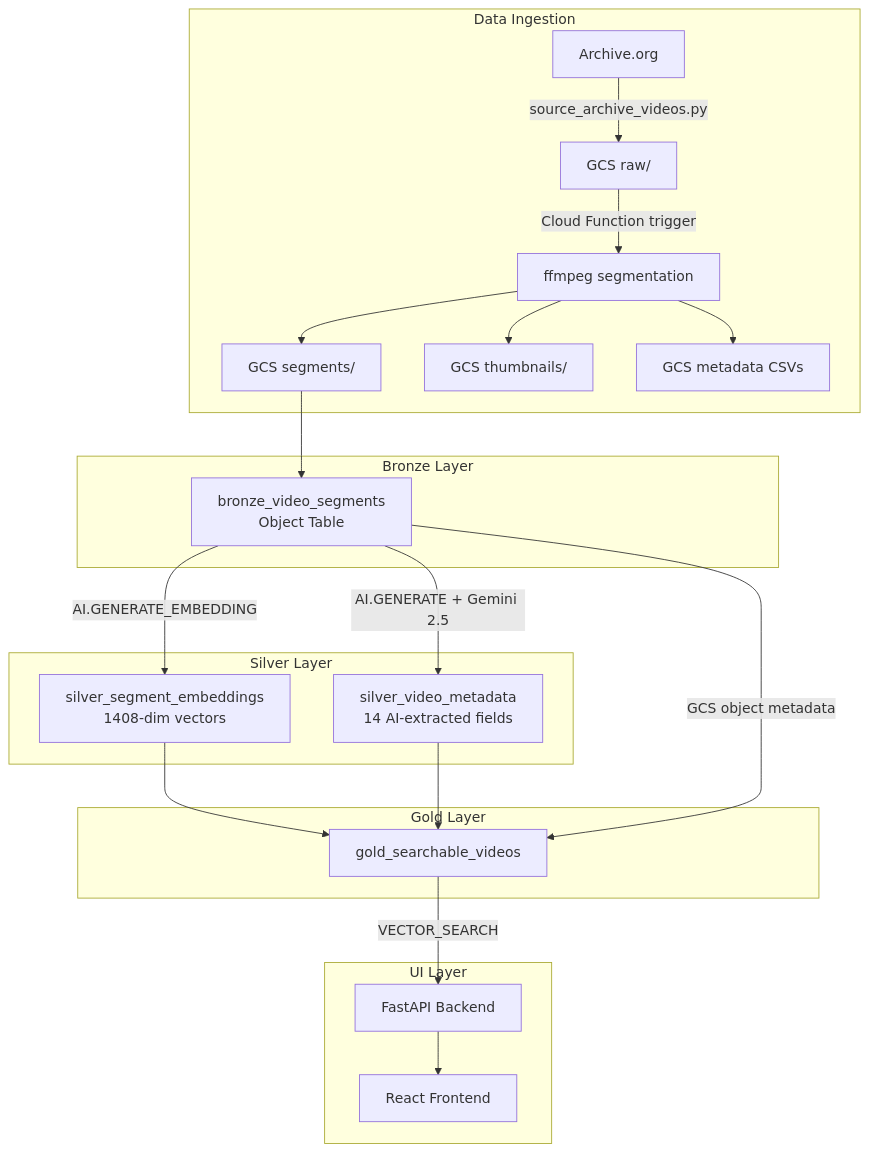
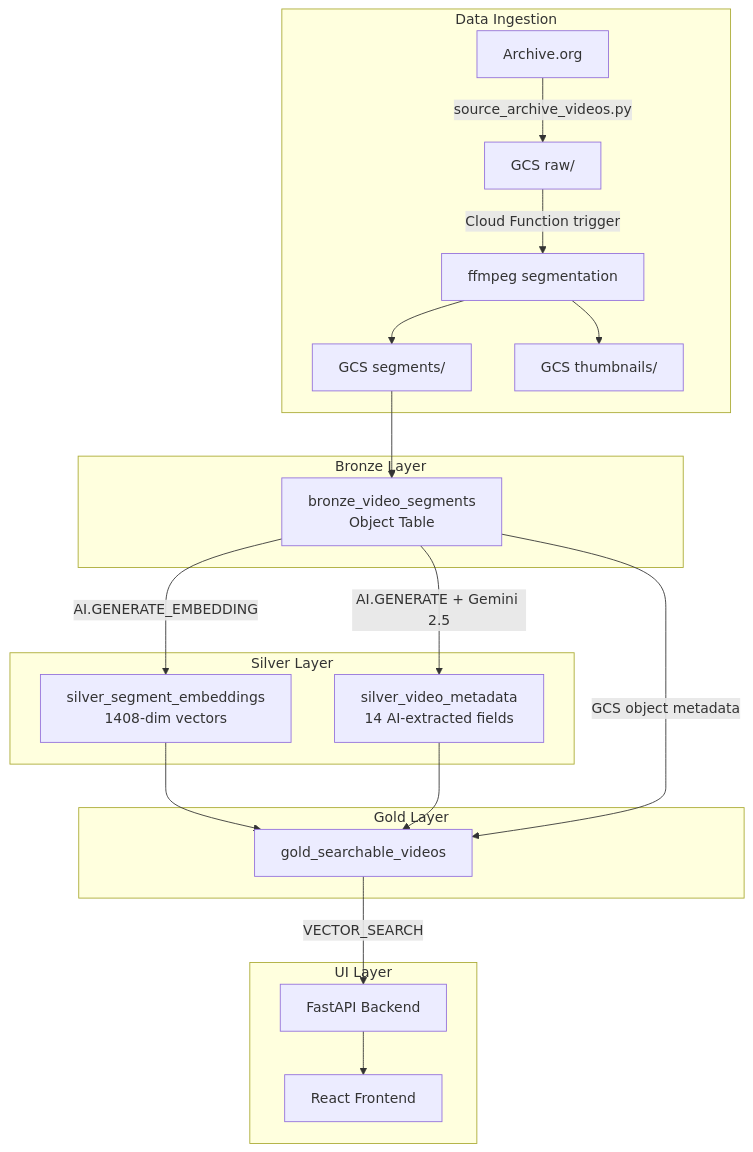
One commit to gCloud-Tech-Showcase/Data-Cloud changed the first of 2 diagrams in docs/demos/video-vector-search/architecture.md. Above: the diagram before and after it, drawn with Mermaid. The commit also changed other lines of this file and 6 other files, not shown here.

````diff
--- a/docs/demos/video-vector-search/architecture.md
+++ b/docs/demos/video-vector-search/architecture.md
@@ -9,30 +9,29 @@
 ```mermaid
 graph TB
     subgraph "Data Ingestion"
         A[Archive.org] -->|source_archive_videos.py| B[GCS raw/]
         B -->|Cloud Function trigger| C[ffmpeg segmentation]
         C --> D[GCS segments/]
         C --> E[GCS thumbnails/]
-        C --> F[GCS metadata CSVs]
     end
 
     subgraph "Bronze Layer"
         D --> G[bronze_video_segments<br/>Object Table]
     end
 
     subgraph "Silver Layer"
         G -->|AI.GENERATE_EMBEDDING| H[silver_segment_embeddings<br/>1408-dim vectors]
         G -->|AI.GENERATE + Gemini 2.5| I[silver_video_metadata<br/>14 AI-extracted fields]
     end
 
     subgraph "Gold Layer"
         H --> J[gold_searchable_videos]
         I --> J
         G -->|GCS object metadata| J
     end
 
     subgraph "UI Layer"
         J -->|VECTOR_SEARCH| K[FastAPI Backend]
         K --> L[React Frontend]
     end
 ```
````
